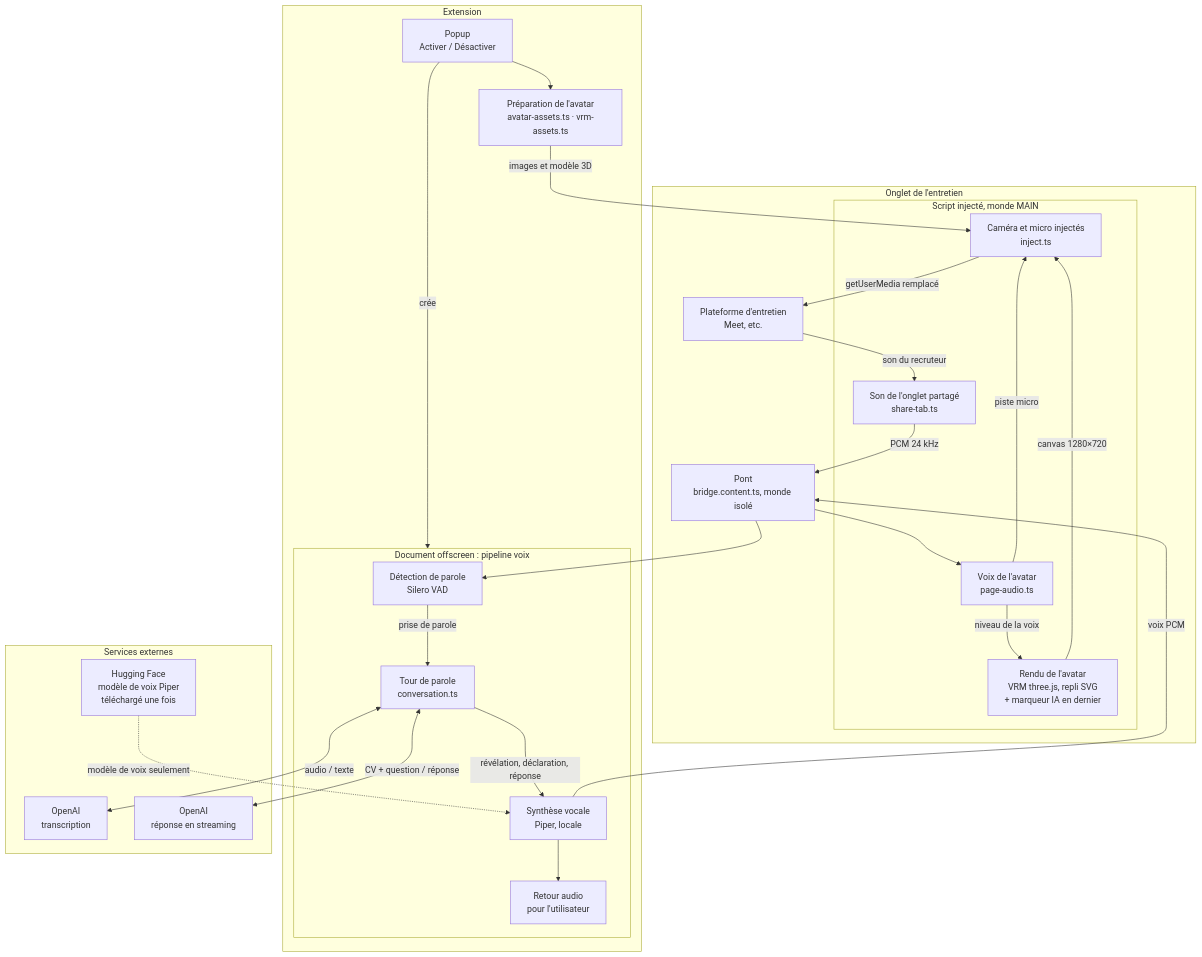
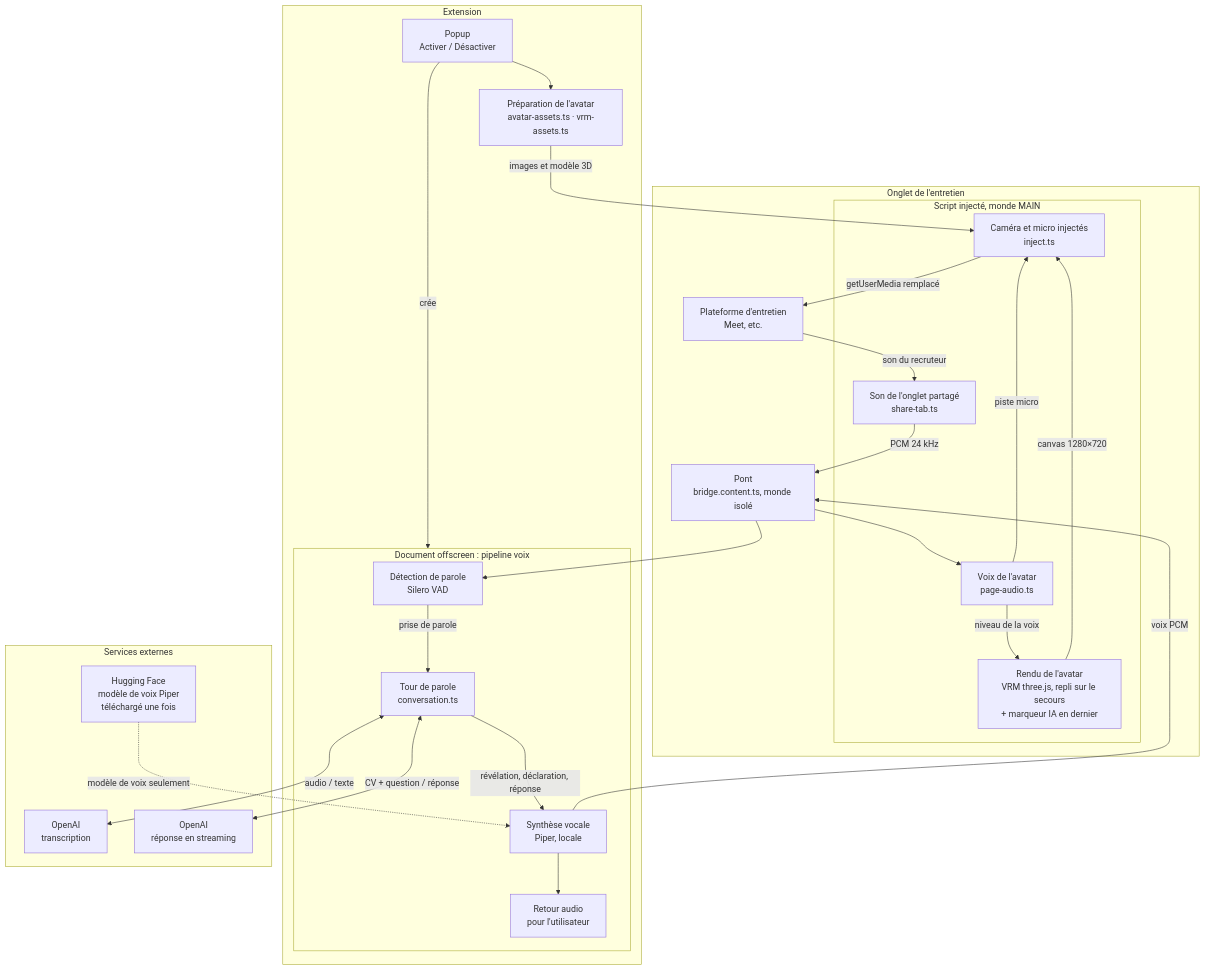
One commit to Donavan-projects/otherself changed the first of 2 diagrams in docs/architecture.md. Above: the diagram before and after it, drawn with Mermaid. The commit also changed other lines of this file and 6 other files, not shown here.

Commit message:
3e : documentation (secours, procédure Chromium et régénération dans CLAUDE.md, configuration, architecture, crédits) et nouvelle capture du README (androïde, marquage « AI », voyant)

````diff
--- a/docs/architecture.md
+++ b/docs/architecture.md
@@ -16,49 +16,49 @@
 ```mermaid
 flowchart TB
   subgraph EXT["Extension"]
     POPUP["Popup<br/>Activer / Désactiver"]
     PREP["Préparation de l'avatar<br/>avatar-assets.ts · vrm-assets.ts"]
     subgraph OFF["Document offscreen : pipeline voix"]
       VAD["Détection de parole<br/>Silero VAD"]
       CONV["Tour de parole<br/>conversation.ts"]
       TTS["Synthèse vocale<br/>Piper, locale"]
       MON["Retour audio<br/>pour l'utilisateur"]
     end
   end
 
   subgraph TAB["Onglet de l'entretien"]
     subgraph MAIN["Script injecté, monde MAIN"]
       SHARE["Son de l'onglet partagé<br/>share-tab.ts"]
-      RENDER["Rendu de l'avatar<br/>VRM three.js, repli SVG<br/>+ marqueur IA en dernier"]
+      RENDER["Rendu de l'avatar<br/>VRM three.js, repli sur le secours<br/>+ marqueur IA en dernier"]
       VOICE["Voix de l'avatar<br/>page-audio.ts"]
       INJ["Caméra et micro injectés<br/>inject.ts"]
     end
     BRIDGE["Pont<br/>bridge.content.ts, monde isolé"]
     PLATFORM["Plateforme d'entretien<br/>Meet, etc."]
   end
 
   subgraph CLOUD["Services externes"]
     STT["OpenAI<br/>transcription"]
     LLM["OpenAI<br/>réponse en streaming"]
     HF["Hugging Face<br/>modèle de voix Piper<br/>téléchargé une fois"]
   end
 
   POPUP --> PREP
   PREP -->|"images et modèle 3D"| INJ
   POPUP -->|"crée"| OFF
   PLATFORM -->|"son du recruteur"| SHARE
   SHARE -->|"PCM 24 kHz"| BRIDGE
   BRIDGE --> VAD
   VAD -->|"prise de parole"| CONV
   CONV <-->|"audio / texte"| STT
   CONV <-->|"CV + question / réponse"| LLM
   CONV -->|"révélation, déclaration, réponse"| TTS
   HF -.->|"modèle de voix seulement"| TTS
   TTS --> MON
   TTS -->|"voix PCM"| BRIDGE
   BRIDGE --> VOICE
   VOICE -->|"piste micro"| INJ
   VOICE -->|"niveau de la voix"| RENDER
   RENDER -->|"canvas 1280×720"| INJ
   INJ -->|"getUserMedia remplacé"| PLATFORM
 ```
````
